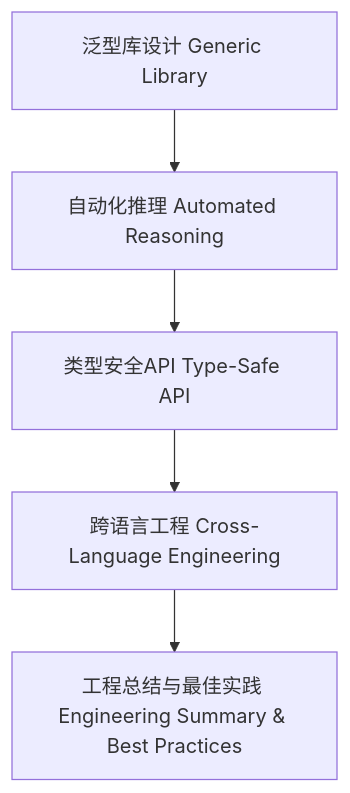
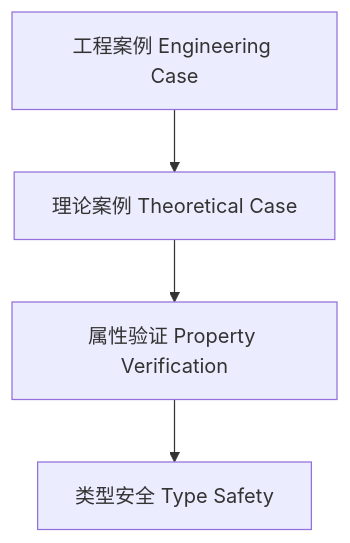
The diagram in docs/analysis/Type/01-Type-Level-Generic-Case-Studies.md (AdaMartin18010/haskell), drawn with Mermaid before and after one commit. The commit also changed other lines of this file and 11 other files, not shown here.

````diff
--- a/docs/analysis/Type/01-Type-Level-Generic-Case-Studies.md
+++ b/docs/analysis/Type/01-Type-Level-Generic-Case-Studies.md
@@ -59,7 +70,6 @@
 ```mermaid
 graph TD
-  A[泛型库设计 Generic Library] --> B[自动化推理 Automated Reasoning]
-  B --> C[类型安全API Type-Safe API]
-  C --> D[跨语言工程 Cross-Language Engineering]
-  D --> E[工程总结与最佳实践 Engineering Summary & Best Practices]
+  A[工程案例 Engineering Case] --> B[理论案例 Theoretical Case]
+  B --> C[属性验证 Property Verification]
+  C --> D[类型安全 Type Safety]
 ```
````
